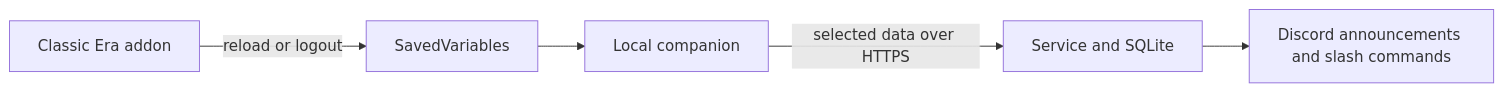
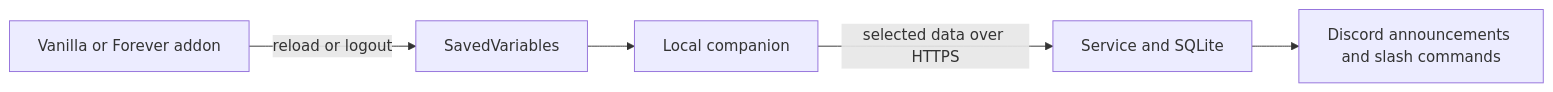
Before and after one commit to fraval13/wow-status-discord-updates: the diagram in README.md, drawn with Mermaid. The commit also changed other lines of this file and 44 other files, not shown here.

Commit message:
Ship standalone Vanilla and Forever addons with case-insensitive groups and remote checks

````diff
--- a/README.md
+++ b/README.md
@@ -47,7 +48,7 @@
 ```mermaid
 flowchart LR
-    A[Classic Era addon] -->|reload or logout| B[SavedVariables]
+    A[Vanilla or Forever addon] -->|reload or logout| B[SavedVariables]
     B --> C[Local companion]
     C -->|selected data over HTTPS| D[Service and SQLite]
     D --> E[Discord announcements and slash commands]
 ```
````
